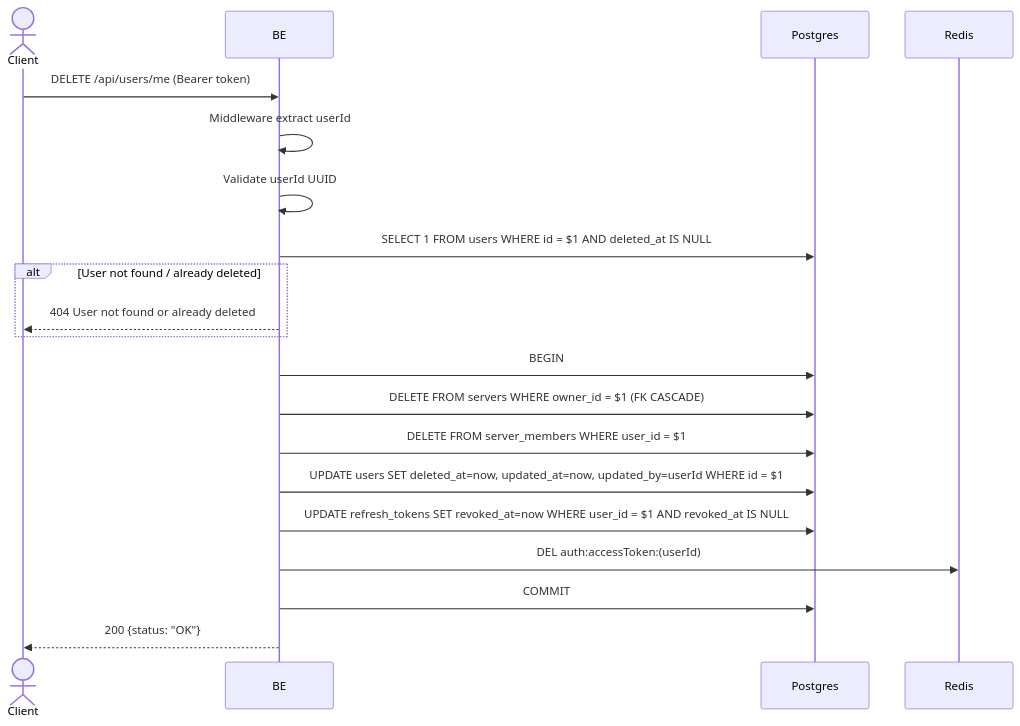
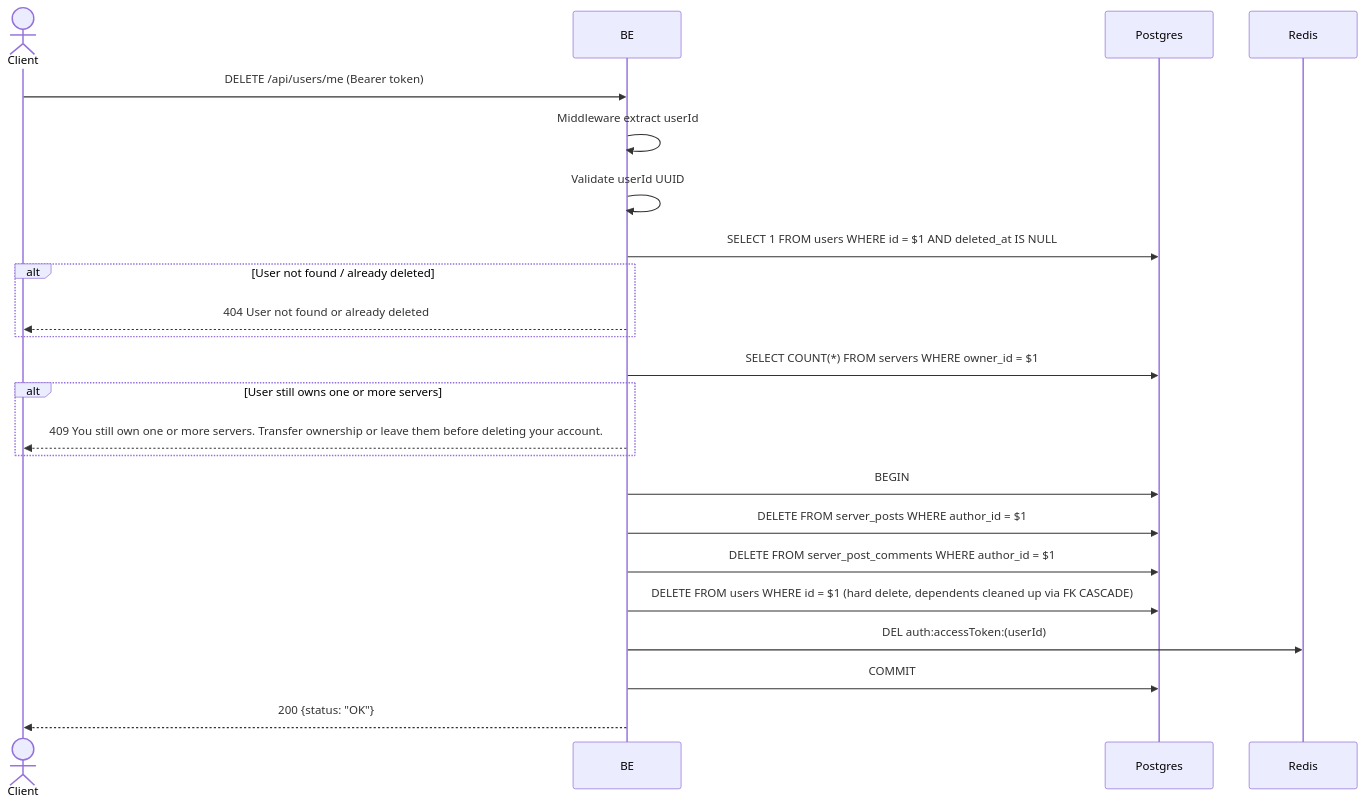
The diagram in docs/flows/en/delete_account.md (ferdian3456/virdanproject), drawn with Mermaid before and after one commit. The commit also changed other lines of this file and 67 other files, not shown here.

First line of the commit message:
Audit and fix API flow docs; add missing Payment/Chat documentation (#42)

````diff
--- a/docs/flows/en/delete_account.md
+++ b/docs/flows/en/delete_account.md
@@ -20,23 +20,26 @@
 ```mermaid
 sequenceDiagram
     actor Client
     participant BE
     participant Postgres
     participant Redis
 
     Client->>BE: DELETE /api/users/me (Bearer token)
     BE->>BE: Middleware extract userId
     BE->>BE: Validate userId UUID
     BE->>Postgres: SELECT 1 FROM users WHERE id = $1 AND deleted_at IS NULL
     alt User not found / already deleted
         BE-->>Client: 404 User not found or already deleted
     end
+    BE->>Postgres: SELECT COUNT(*) FROM servers WHERE owner_id = $1
+    alt User still owns one or more servers
+        BE-->>Client: 409 You still own one or more servers. Transfer ownership or leave them before deleting your account.
+    end
     BE->>Postgres: BEGIN
-    BE->>Postgres: DELETE FROM servers WHERE owner_id = $1 (FK CASCADE)
-    BE->>Postgres: DELETE FROM server_members WHERE user_id = $1
-    BE->>Postgres: UPDATE users SET deleted_at=now, updated_at=now, updated_by=userId WHERE id = $1
-    BE->>Postgres: UPDATE refresh_tokens SET revoked_at=now WHERE user_id = $1 AND revoked_at IS NULL
+    BE->>Postgres: DELETE FROM server_posts WHERE author_id = $1
+    BE->>Postgres: DELETE FROM server_post_comments WHERE author_id = $1
+    BE->>Postgres: DELETE FROM users WHERE id = $1 (hard delete, dependents cleaned up via FK CASCADE)
     BE->>Redis: DEL auth:accessToken:(userId)
     BE->>Postgres: COMMIT
     BE-->>Client: 200 {status: "OK"}
 ```
````
